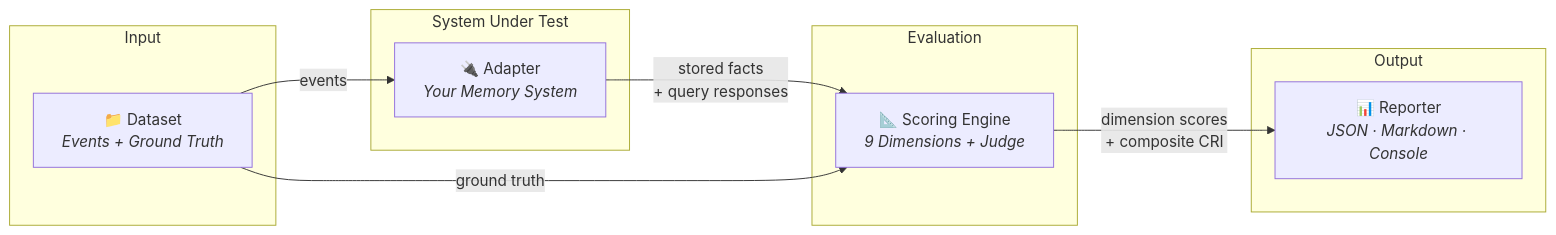
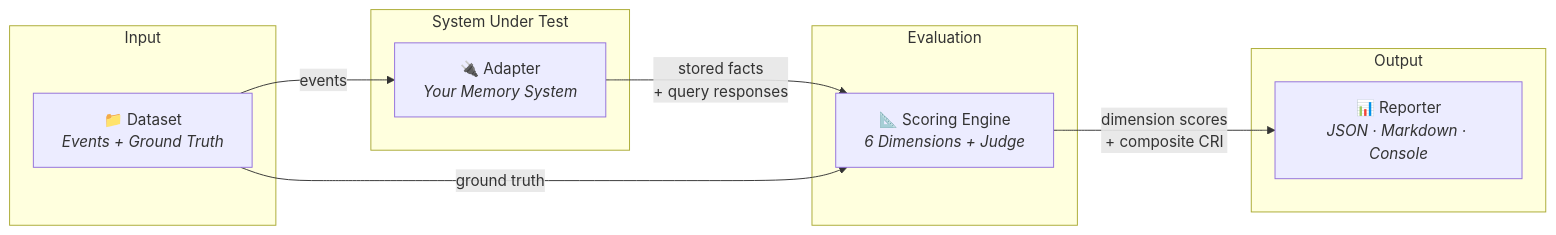
The diagram in README.md (Contextually-AI/cri-benchmark), drawn with Mermaid before and after one commit. The commit also changed other lines of this file and 48 other files, not shown here.

````diff
--- a/README.md
+++ b/README.md
@@ -46,23 +45,23 @@
 ```mermaid
 graph LR
     subgraph Input
         D[📁 Dataset<br><i>Events + Ground Truth</i>]
     end
 
     subgraph "System Under Test"
         A[🔌 Adapter<br><i>Your Memory System</i>]
     end
 
     subgraph Evaluation
-        S[📐 Scoring Engine<br><i>9 Dimensions + Judge</i>]
+        S[📐 Scoring Engine<br><i>6 Dimensions + Judge</i>]
     end
 
     subgraph Output
         R[📊 Reporter<br><i>JSON · Markdown · Console</i>]
     end
 
     D -- "events" --> A
     A -- "stored facts<br>+ query responses" --> S
     D -- "ground truth" --> S
     S -- "dimension scores<br>+ composite CRI" --> R
 ```
````
